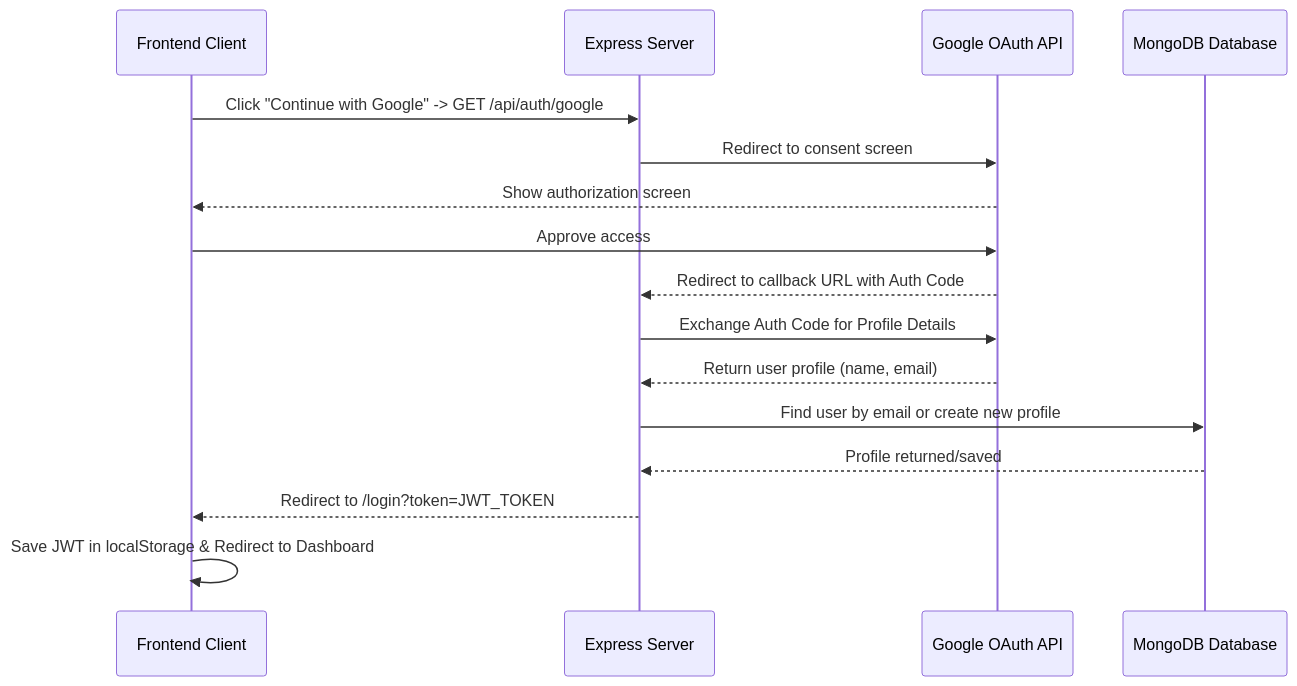
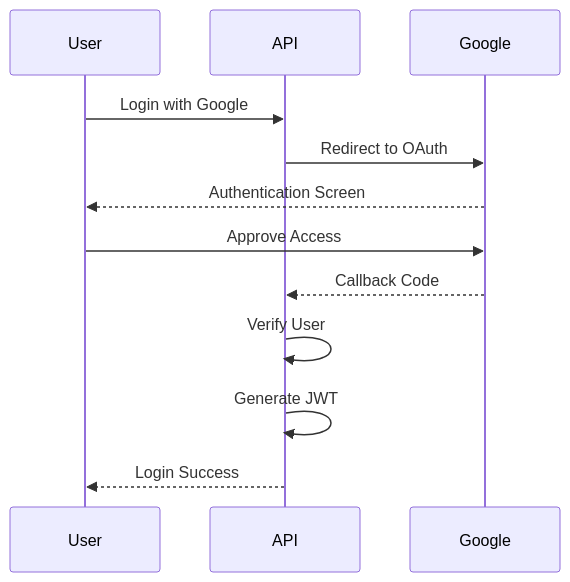
Before and after one commit to OnikTechHub/Prompt-Flow: the diagram in README.md, drawn with Mermaid. The commit also changed other lines of this file, not shown here.

````diff
--- a/README.md
+++ b/README.md
@@ -198,19 +264,22 @@
 ```mermaid
 sequenceDiagram
-    participant User as Frontend Client
-    participant API as Express Server
-    participant Google as Google OAuth API
-    participant DB as MongoDB Database
+    participant User
+    participant API
+    participant Google
 
-    User->>API: Click "Continue with Google" -> GET /api/auth/google
-    API->>Google: Redirect to consent screen
-    Google-->>User: Show authorization screen
-    User->>Google: Approve access
-    Google-->>API: Redirect to callback URL with Auth Code
-    API->>Google: Exchange Auth Code for Profile Details
-    Google-->>API: Return user profile (name, email)
-    API->>DB: Find user by email or create new profile
-    DB-->>API: Profile returned/saved
-    API-->>User: Redirect to /login?token=JWT_TOKEN
-    User->>User: Save JWT in localStorage & Redirect to Dashboard
+    User->>API: Login with Google
+
+    API->>Google: Redirect to OAuth
+
+    Google-->>User: Authentication Screen
+
+    User->>Google: Approve Access
+
+    Google-->>API: Callback Code
+
+    API->>API: Verify User
+
+    API->>API: Generate JWT
+
+    API-->>User: Login Success
 ```
````
